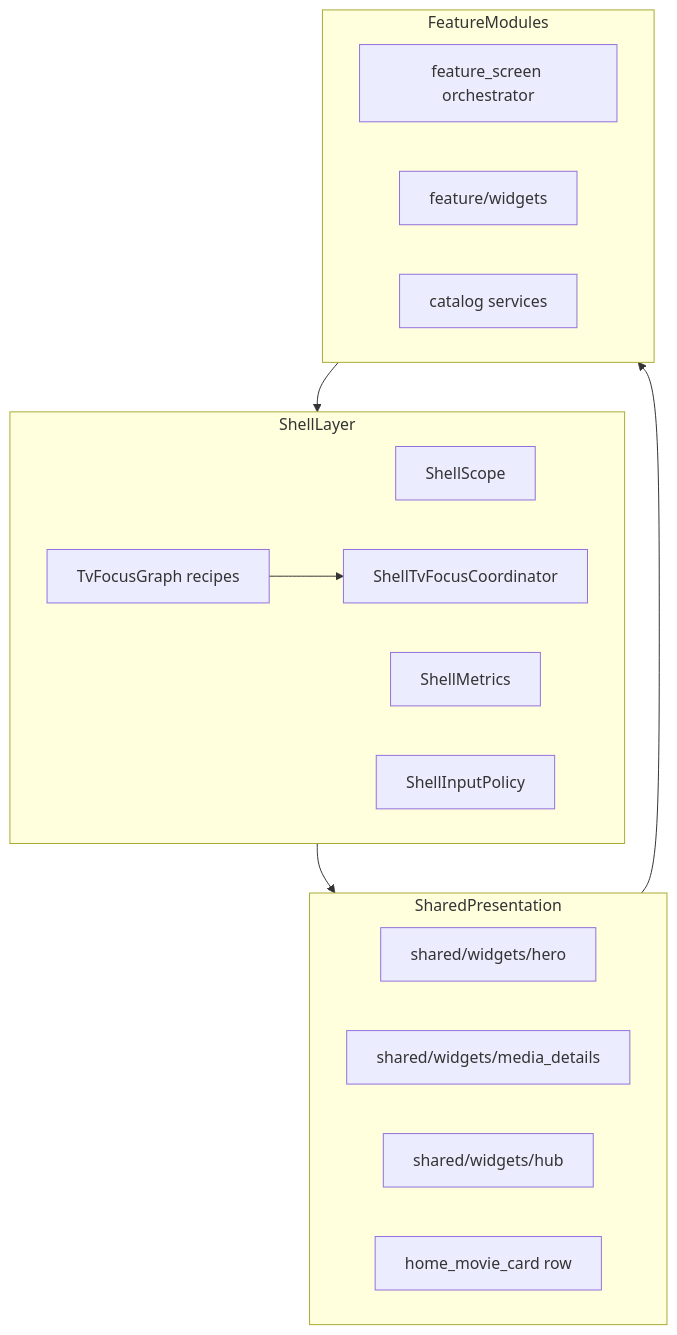
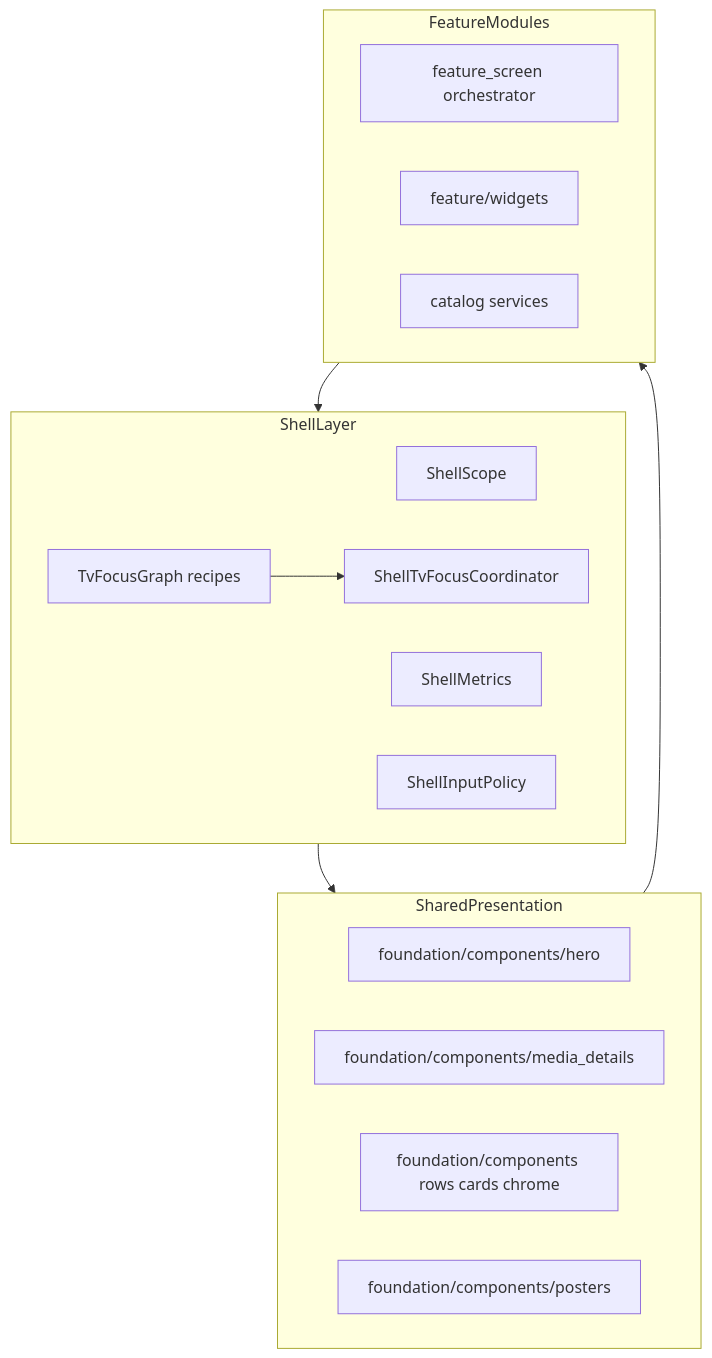
Before and after one commit to mGhassen/Forja: the diagram in docs/architecture/feature-file-map.md, drawn with Mermaid. The commit also changed other lines of this file and 248 other files, not shown here.

````diff
--- a/docs/architecture/feature-file-map.md
+++ b/docs/architecture/feature-file-map.md
@@ -259,25 +259,25 @@
 ```mermaid
 flowchart TB
   subgraph shell [ShellLayer]
     ShellScope[ShellScope]
     ShellMetrics[ShellMetrics]
     ShellInputPolicy[ShellInputPolicy]
     TvGraph[TvFocusGraph recipes]
     TvCoord[ShellTvFocusCoordinator]
   end
   subgraph shared [SharedPresentation]
-    hero[shared/widgets/hero]
-    media[shared/widgets/media_details]
-    hub[shared/widgets/hub]
-    cards[home_movie_card row]
+    hero[foundation/components/hero]
+    media[foundation/components/media_details]
+    kit[foundation/components rows cards chrome]
+    cards[foundation/components/posters]
   end
   subgraph features [FeatureModules]
     orch[feature_screen orchestrator]
     widgets[feature/widgets]
     catalog[catalog services]
   end
   TvGraph --> TvCoord
   shell --> shared
   shared --> features
   features --> shell
 ```
````
